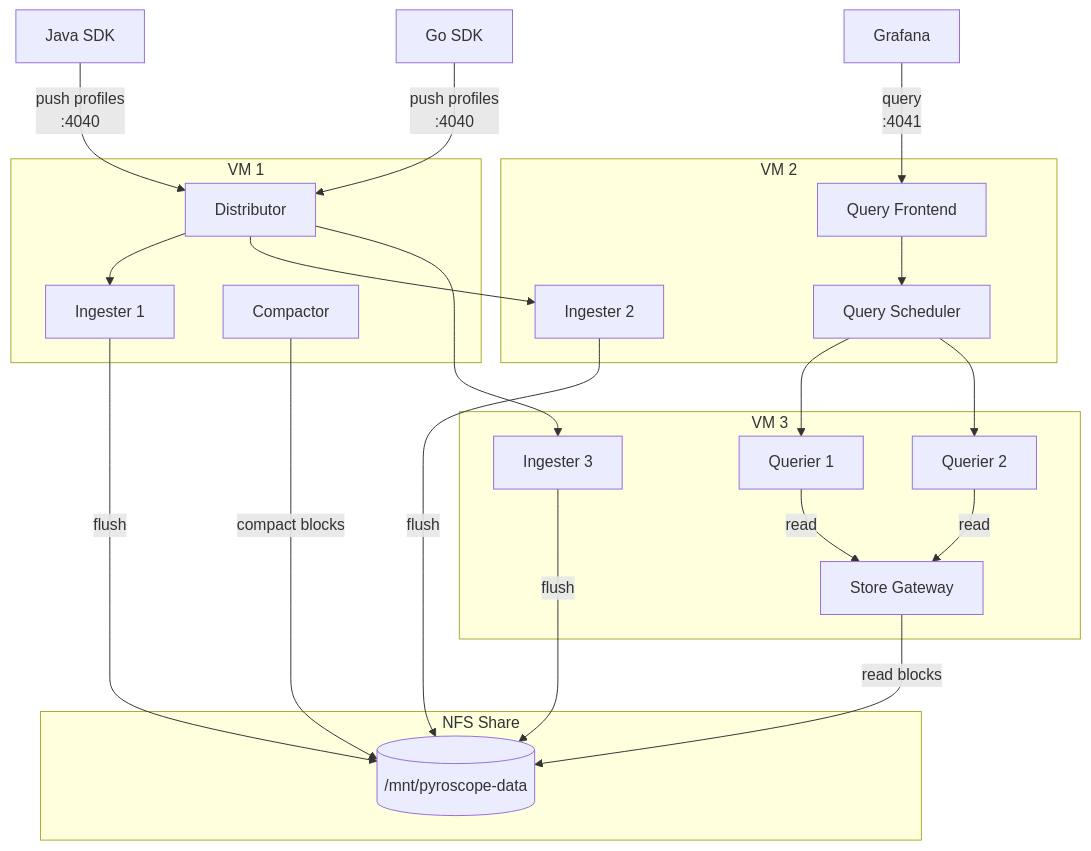
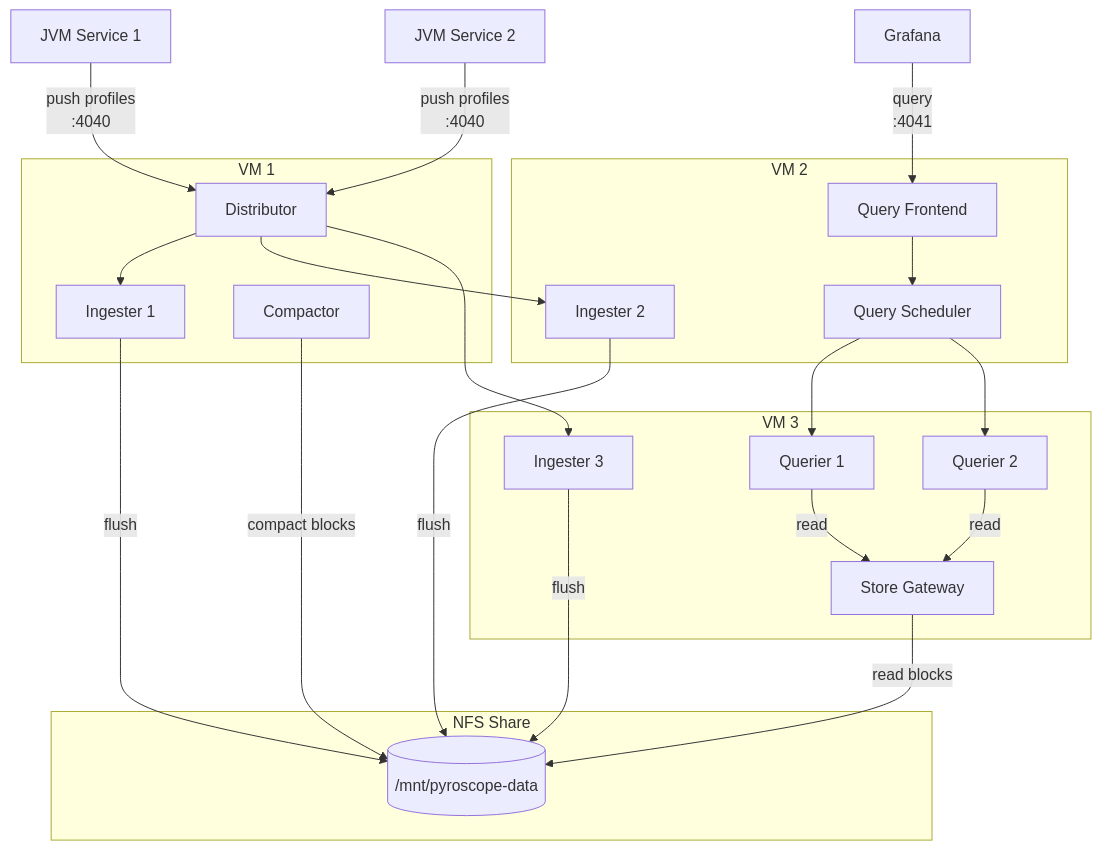
The first of 2 diagrams in deploy/microservices/vm/README.md (aff0gat000/pyroscope), drawn with Mermaid before and after one commit. The commit also changed other lines of this file and 13 other files, not shown here.

First line of the commit message:
Clean up doc language and fix deploy diagrams

````diff
--- a/deploy/microservices/vm/README.md
+++ b/deploy/microservices/vm/README.md
@@ -7,43 +7,43 @@
 ```mermaid
 graph TB
-    SDK1[Java SDK] -->|push profiles<br/>:4040| DIST
-    SDK2[Go SDK] -->|push profiles<br/>:4040| DIST
+    JVM1[JVM Service 1] -->|push profiles<br/>:4040| DIST
+    JVM2[JVM Service 2] -->|push profiles<br/>:4040| DIST
     G[Grafana] -->|query<br/>:4041| QF
 
     subgraph VM 1
         DIST[Distributor]
         ING1[Ingester 1]
         C[Compactor]
     end
 
     subgraph VM 2
         ING2[Ingester 2]
         QF[Query Frontend]
         QS[Query Scheduler]
     end
 
     subgraph VM 3
         ING3[Ingester 3]
         Q1[Querier 1]
         Q2[Querier 2]
         SG[Store Gateway]
     end
 
     subgraph NFS Share
         NFS[("/mnt/pyroscope-data")]
     end
 
     DIST --> ING1
     DIST --> ING2
     DIST --> ING3
     ING1 -->|flush| NFS
     ING2 -->|flush| NFS
     ING3 -->|flush| NFS
     Q1 -->|read| SG
     Q2 -->|read| SG
     SG -->|read blocks| NFS
     C -->|compact blocks| NFS
     QF --> QS
     QS --> Q1
     QS --> Q2
 ```
````
